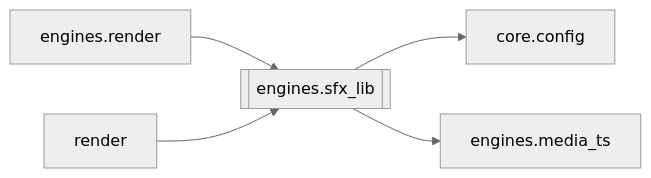
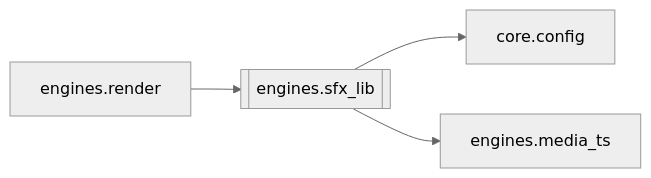
Before and after one commit to kjza178/PinelineV5: the diagram in docs/brain/modules/engines.sfx_lib.md, drawn with Mermaid (neutral theme). The commit also changed other lines of this file and 227 other files, not shown here.

````diff
--- a/docs/brain/modules/engines.sfx_lib.md
+++ b/docs/brain/modules/engines.sfx_lib.md
@@ -18,8 +18,7 @@
 ```mermaid
 flowchart LR
   engines_sfx_lib[[engines.sfx_lib]]
   engines_render[engines.render] --> engines_sfx_lib
-  render[render] --> engines_sfx_lib
   engines_sfx_lib --> core_config[core.config]
   engines_sfx_lib --> engines_media_ts[engines.media_ts]
 ```
````
